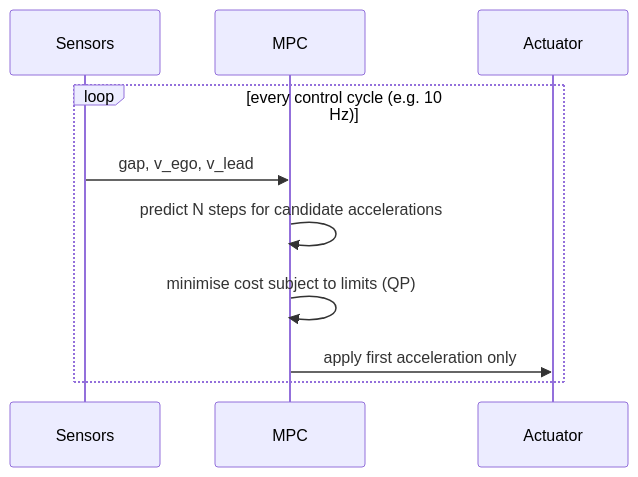
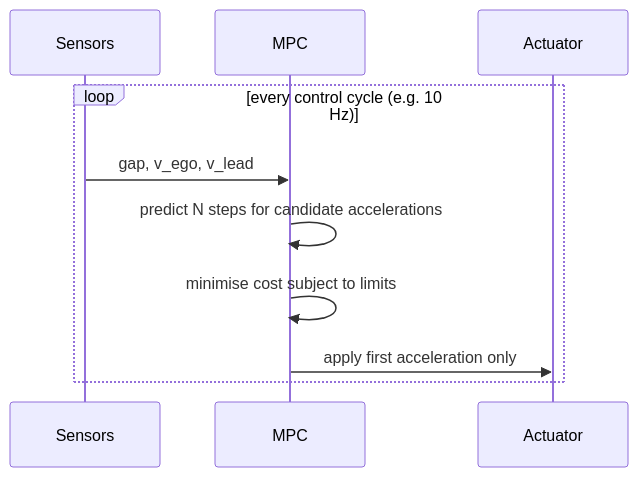
One commit to Fatalshears/GlitchGallery changed the diagram in content/concepts/control/model-predictive-control.md. Above: the diagram before and after it, drawn with Mermaid. The commit also changed other lines of this file and 44 other files, not shown here.

````diff
--- a/content/concepts/control/model-predictive-control.md
+++ b/content/concepts/control/model-predictive-control.md
@@ -29,12 +29,12 @@
 ```mermaid
 sequenceDiagram
   participant S as Sensors
   participant M as MPC
   participant A as Actuator
   loop every control cycle (e.g. 10 Hz)
     S->>M: gap, v_ego, v_lead
     M->>M: predict N steps for candidate accelerations
-    M->>M: minimise cost subject to limits (QP)
+    M->>M: minimise cost subject to limits
     M->>A: apply first acceleration only
   end
 ```
````
